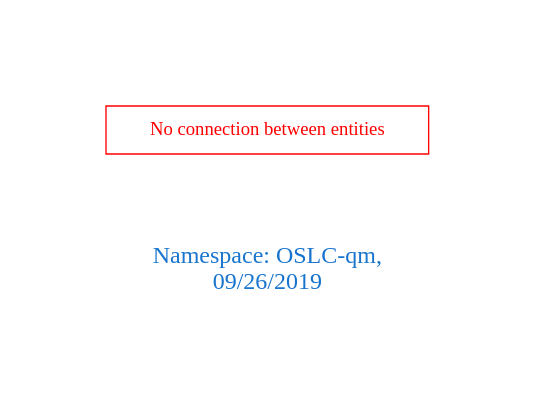
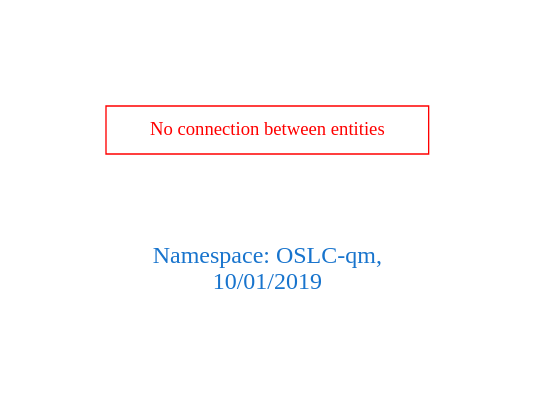
The diagram in downloads/OSLC-qm.dot (arago/OGIT), drawn with Graphviz before and after one commit. The commit also changed 152 other files, not shown here.

```diff
--- a/downloads/OSLC-qm.dot
+++ b/downloads/OSLC-qm.dot
@@ -1,9 +1,9 @@
 digraph OGIT_ontology {
  graph [ rankdir= LR,pad=1 
 fontsize = 18,
-fontcolor= dodgerblue3,label = "\n\n\nNamespace: OSLC-qm, \n 09/26/2019"];
+fontcolor= dodgerblue3,label = "\n\n\nNamespace: OSLC-qm, \n 10/01/2019"];
 node[shape=polygon];
 edge [  color="gray81"];
 
 "No connection between entities" [fontcolor = "red",color="red", shape="polygon"]
 }
```
